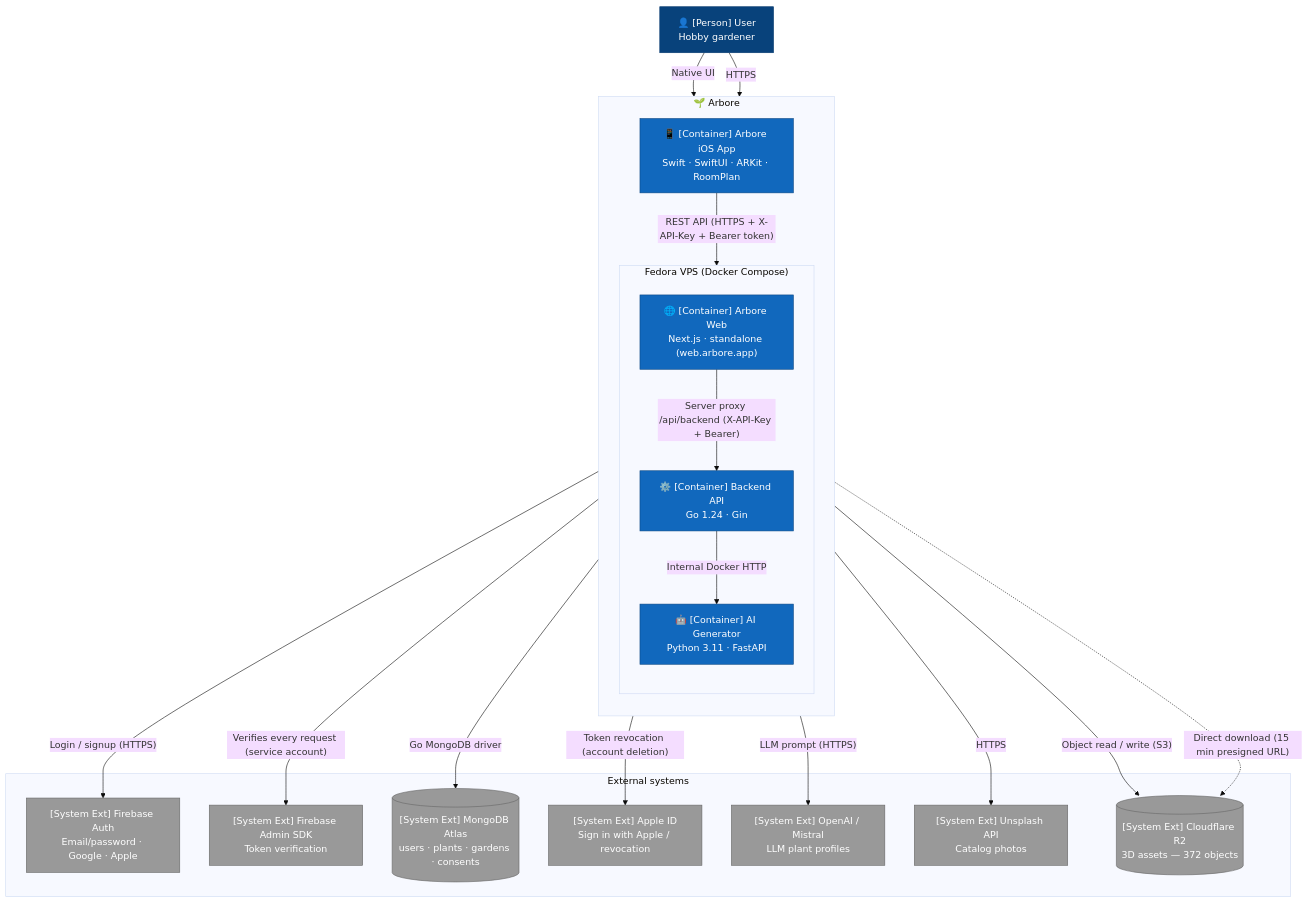
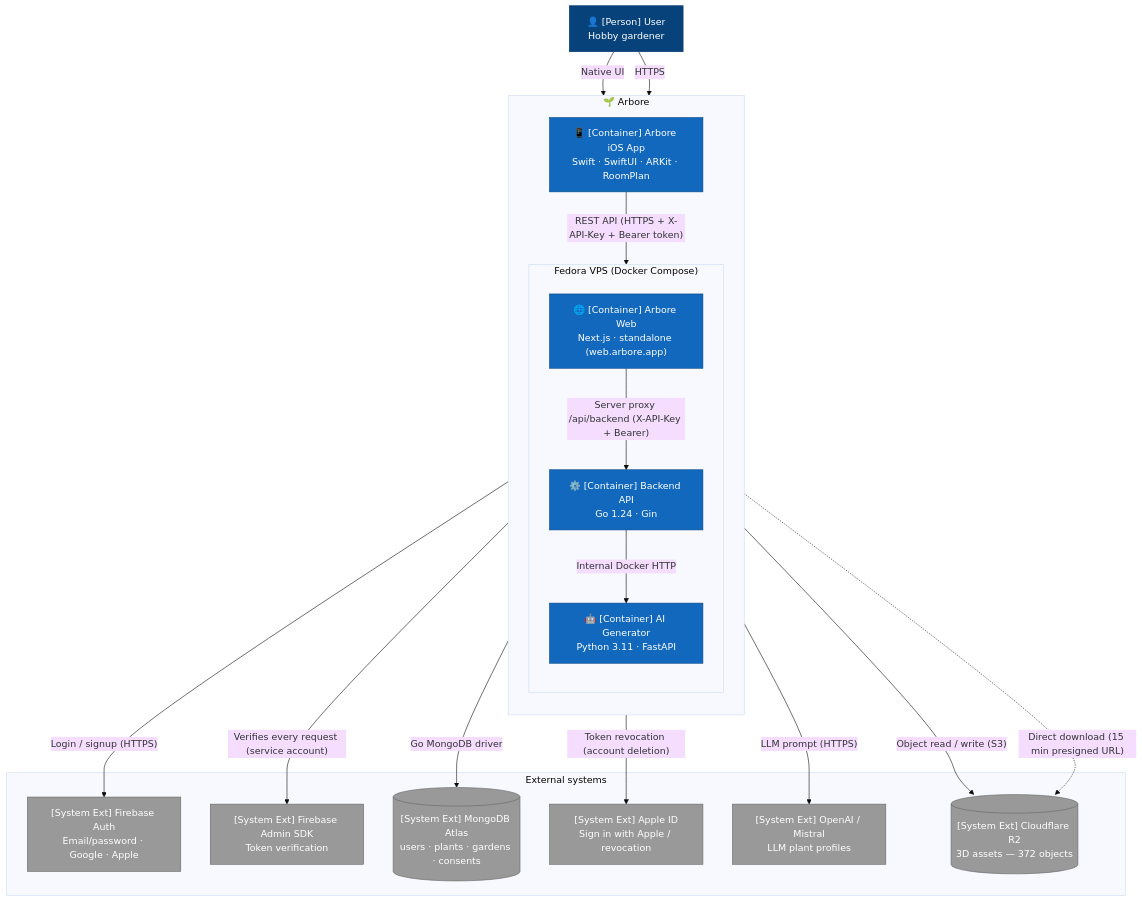
One commit to ArboreTeam/Arbore changed the diagram in docs/en/architecture/02-containers.md. Above: the diagram before and after it, drawn with Mermaid (base theme). The commit also changed other lines of this file and 35 other files, not shown here.

````diff
--- a/docs/en/architecture/02-containers.md
+++ b/docs/en/architecture/02-containers.md
@@ -11,49 +11,47 @@
 ```mermaid
 flowchart TB
     user["👤 [Person] User<br/>Hobby gardener"]
 
     subgraph arbore["🌱 Arbore"]
         direction TB
         ios["📱 [Container] Arbore iOS App<br/>Swift · SwiftUI · ARKit · RoomPlan"]
 
         subgraph vps["Fedora VPS (Docker Compose)"]
             direction TB
             web["🌐 [Container] Arbore Web<br/>Next.js · standalone (web.arbore.app)"]
             backend["⚙️ [Container] Backend API<br/>Go 1.24 · Gin"]
             ai["🤖 [Container] AI Generator<br/>Python 3.11 · FastAPI"]
         end
     end
 
     subgraph ext["External systems"]
         firebase_auth["[System Ext] Firebase Auth<br/>Email/password · Google · Apple"]
         firebase_admin["[System Ext] Firebase Admin SDK<br/>Token verification"]
         mongo[("[System Ext] MongoDB Atlas<br/>users · plants · gardens · consents")]
         apple["[System Ext] Apple ID<br/>Sign in with Apple / revocation"]
         llm["[System Ext] OpenAI / Mistral<br/>LLM plant profiles"]
-        unsplash["[System Ext] Unsplash API<br/>Catalog photos"]
         r2[("[System Ext] Cloudflare R2<br/>3D assets — 372 objects")]
     end
 
     user -- "Native UI"  --> ios
     user -- "HTTPS"      --> web
 
     ios     -- "Login / signup (HTTPS)"                        --> firebase_auth
     ios     -- "REST API (HTTPS + X-API-Key + Bearer token)"   --> backend
     web     -- "Server proxy /api/backend (X-API-Key + Bearer)" --> backend
 
     backend -- "Verifies every request (service account)"      --> firebase_admin
     backend -- "Go MongoDB driver"                             --> mongo
     backend -- "Token revocation (account deletion)"           --> apple
     backend -- "Internal Docker HTTP"                          --> ai
-    backend -- "HTTPS"                                         --> unsplash
     backend -- "Object read / write (S3)"                     --> r2
     ios     -. "Direct download (15 min presigned URL)" .-> r2
     ai      -- "LLM prompt (HTTPS)"                            --> llm
 
     classDef person   fill:#08427B,stroke:#073B6F,color:#fff
     classDef cont     fill:#1168BD,stroke:#0B4884,color:#fff
     classDef ext_node fill:#999,stroke:#666,color:#fff
     class user person
     class ios,web,backend,ai cont
-    class firebase_auth,firebase_admin,mongo,apple,llm,unsplash,r2 ext_node
+    class firebase_auth,firebase_admin,mongo,apple,llm,r2 ext_node
 ```
````
